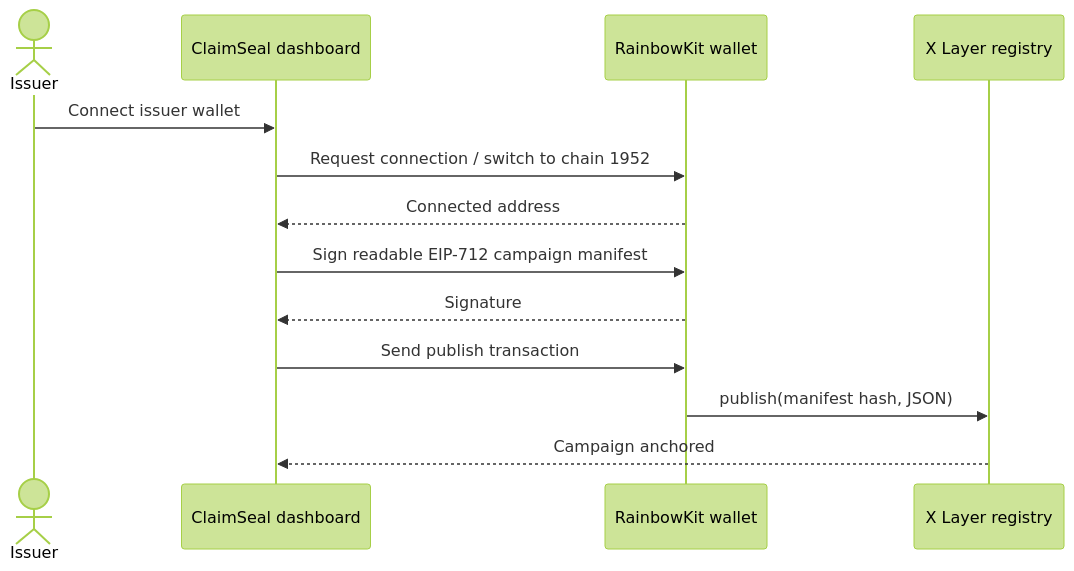
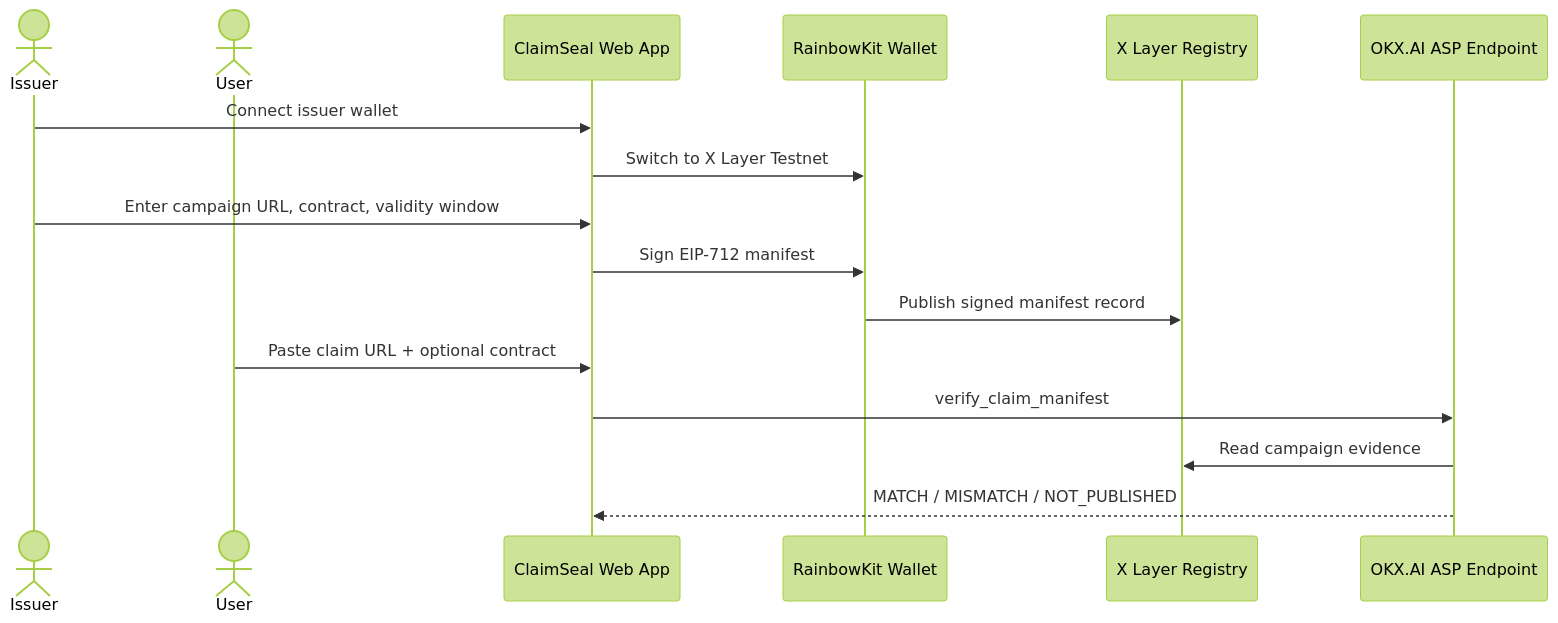
One commit to NikhilRaikwar/ClaimSeal changed the second of 2 diagrams in README.md. Above: the diagram before and after it, drawn with Mermaid (forest theme). The commit also changed other lines of this file and 13 other files, not shown here.

First line of the commit message:
Polish ClaimSeal submission assets

````diff
--- a/README.md
+++ b/README.md
@@ -42,16 +79,19 @@
 ```mermaid
 sequenceDiagram
   actor Issuer
-  participant UI as ClaimSeal dashboard
-  participant Wallet as RainbowKit wallet
-  participant Registry as X Layer registry
+  actor User
+  participant UI as ClaimSeal Web App
+  participant Wallet as RainbowKit Wallet
+  participant Registry as X Layer Registry
+  participant ASP as OKX.AI ASP Endpoint
 
   Issuer->>UI: Connect issuer wallet
-  UI->>Wallet: Request connection / switch to chain 1952
-  Wallet-->>UI: Connected address
-  UI->>Wallet: Sign readable EIP-712 campaign manifest
-  Wallet-->>UI: Signature
-  UI->>Wallet: Send publish transaction
-  Wallet->>Registry: publish(manifest hash, JSON)
-  Registry-->>UI: Campaign anchored
+  UI->>Wallet: Switch to X Layer Testnet
+  Issuer->>UI: Enter campaign URL, contract, validity window
+  UI->>Wallet: Sign EIP-712 manifest
+  Wallet->>Registry: Publish signed manifest record
+  User->>UI: Paste claim URL + optional contract
+  UI->>ASP: verify_claim_manifest
+  ASP->>Registry: Read campaign evidence
+  ASP-->>UI: MATCH / MISMATCH / NOT_PUBLISHED
 ```
````
